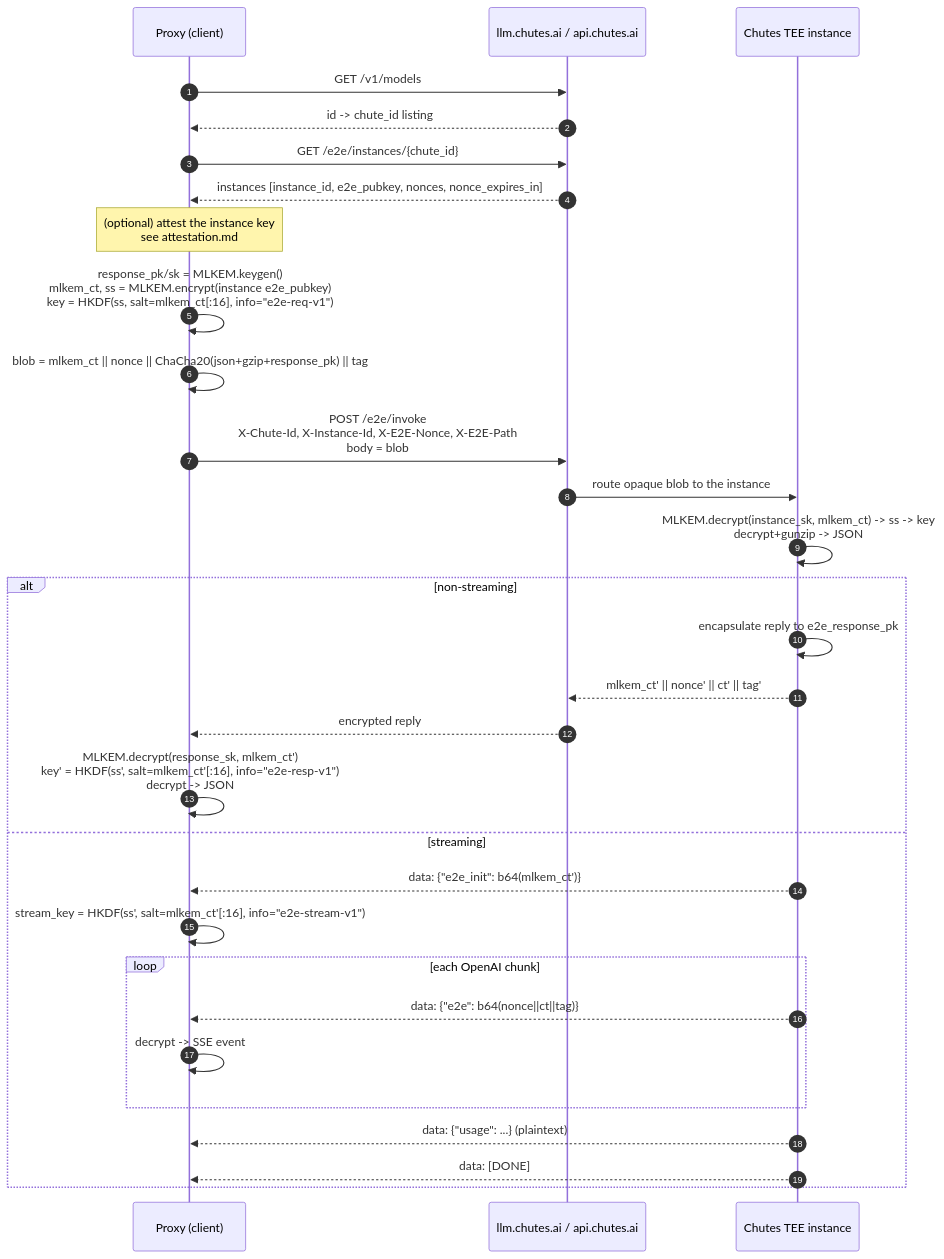
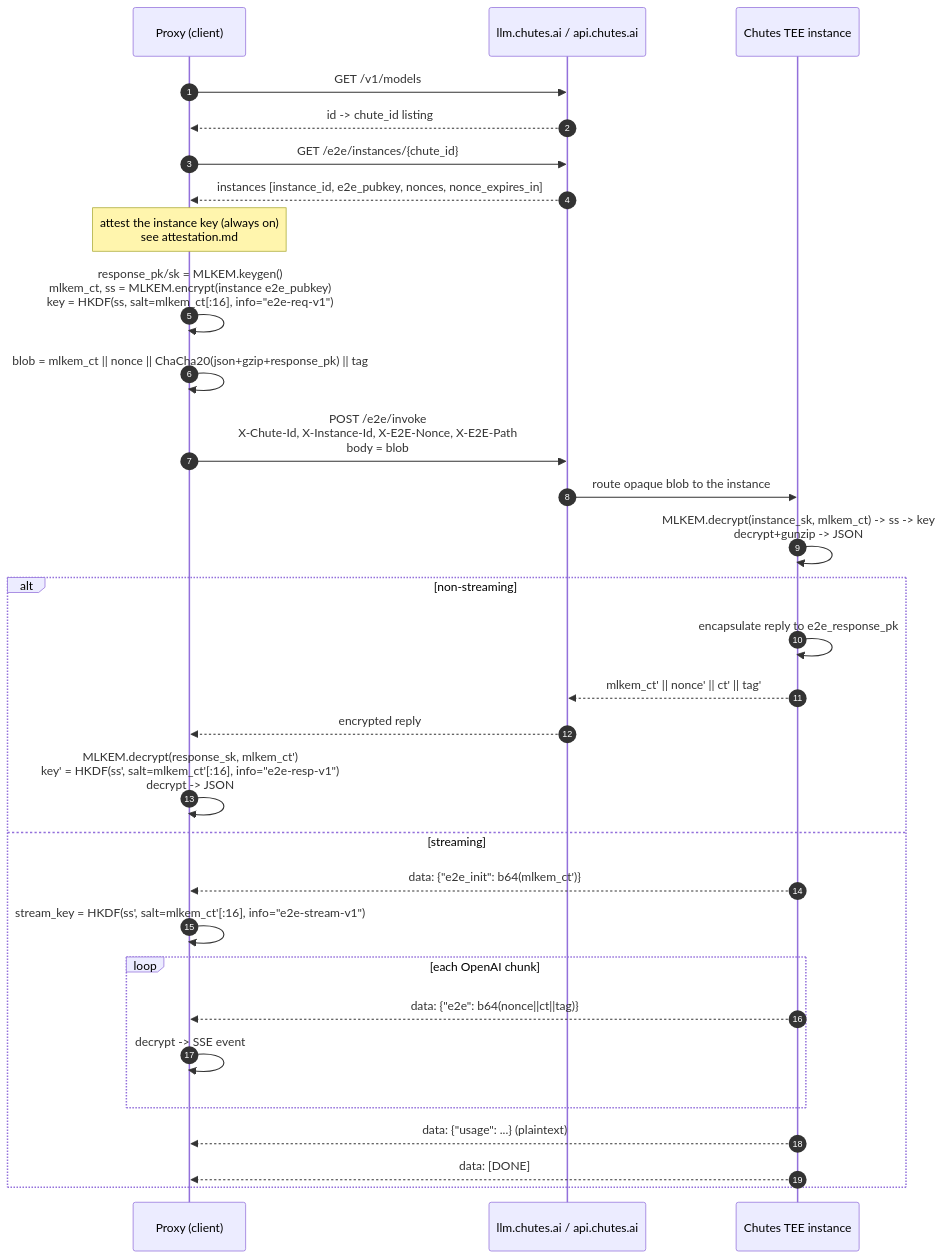
One commit to NioZow/chutes-litellm-proxy changed the diagram in docs/e2ee-encryption.md. Above: the diagram before and after it, drawn with Mermaid. The commit also changed other lines of this file and 31 other files, not shown here.

````diff
--- a/docs/e2ee-encryption.md
+++ b/docs/e2ee-encryption.md
@@ -197,38 +197,38 @@
 ```mermaid
 sequenceDiagram
     autonumber
     participant C as Proxy (client)
     participant L as llm.chutes.ai / api.chutes.ai
     participant I as Chutes TEE instance
 
     C->>L: GET /v1/models
     L-->>C: id -> chute_id listing
 
     C->>L: GET /e2e/instances/{chute_id}
     L-->>C: instances [instance_id, e2e_pubkey, nonces, nonce_expires_in]
 
-    Note over C: (optional) attest the instance key<br/>see attestation.md
+    Note over C: attest the instance key (always on)<br/>see attestation.md
 
     C->>C: response_pk/sk = MLKEM.keygen()<br/>mlkem_ct, ss = MLKEM.encrypt(instance e2e_pubkey)<br/>key = HKDF(ss, salt=mlkem_ct[:16], info="e2e-req-v1")
     C->>C: blob = mlkem_ct || nonce || ChaCha20(json+gzip+response_pk) || tag
 
     C->>L: POST /e2e/invoke<br/>X-Chute-Id, X-Instance-Id, X-E2E-Nonce, X-E2E-Path<br/>body = blob
     L->>I: route opaque blob to the instance
     I->>I: MLKEM.decrypt(instance_sk, mlkem_ct) -> ss -> key<br/>decrypt+gunzip -> JSON
 
     alt non-streaming
         I->>I: encapsulate reply to e2e_response_pk
         I-->>L: mlkem_ct' || nonce' || ct' || tag'
         L-->>C: encrypted reply
         C->>C: MLKEM.decrypt(response_sk, mlkem_ct')<br/>key' = HKDF(ss', salt=mlkem_ct'[:16], info="e2e-resp-v1")<br/>decrypt -> JSON
     else streaming
         I-->>C: data: {"e2e_init": b64(mlkem_ct')}
         C->>C: stream_key = HKDF(ss', salt=mlkem_ct'[:16], info="e2e-stream-v1")
         loop each OpenAI chunk
             I-->>C: data: {"e2e": b64(nonce||ct||tag)}
             C->>C: decrypt -> SSE event
         end
         I-->>C: data: {"usage": ...} (plaintext)
         I-->>C: data: [DONE]
     end
 ```
````
